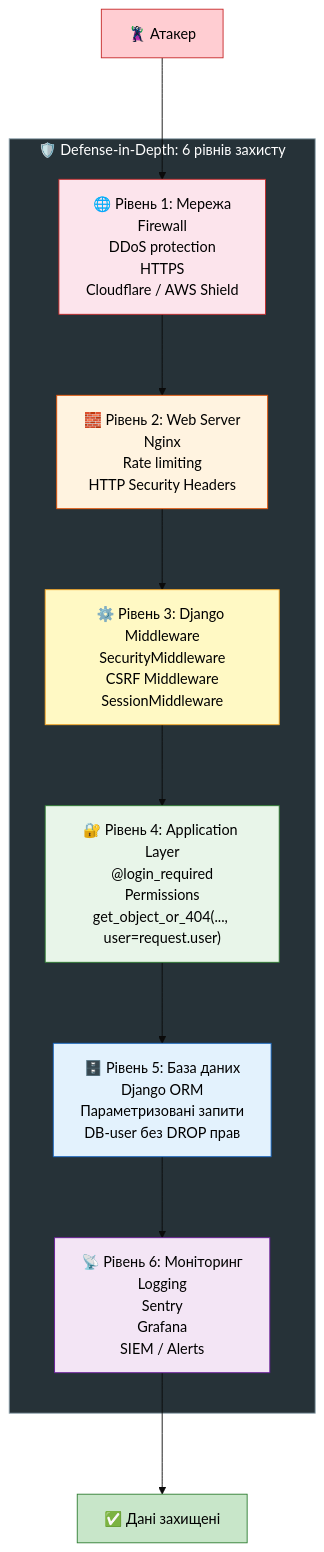
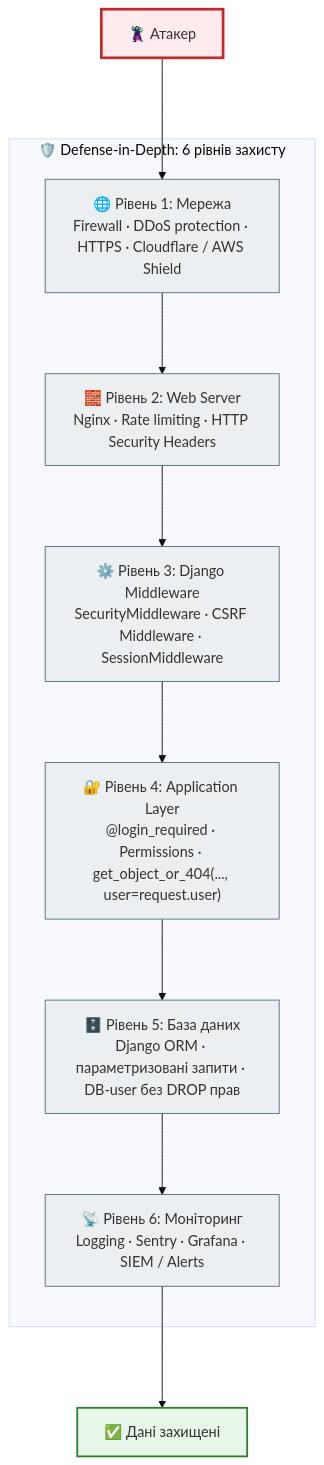
One commit to NikoriakViktot/notes_chat_app changed the fifth of 11 diagrams in docs/07_auth_and_security/security_foundations_full.md. Above: the diagram before and after it, drawn with Mermaid (base theme). The commit also changed other lines of this file and 441 other files, not shown here.

First line of the commit message:
Add English version of the book, Mermaid standard, docs fixes

````diff
--- a/docs/07_auth_and_security/security_foundations_full.md
+++ b/docs/07_auth_and_security/security_foundations_full.md
@@ -274,42 +281,37 @@
 ```mermaid
 %%{init: {'flowchart': {'nodeSpacing': 60, 'rankSpacing': 90}}}%%
 flowchart TD
 
     Attack["🦹 Атакер"]
 
     subgraph DEFENSE["🛡️ Defense-in-Depth: 6 рівнів захисту"]
-        L1["🌐 Рівень 1: Мережа<br/>Firewall<br/>DDoS protection<br/>HTTPS<br/>Cloudflare / AWS Shield"]
+        L1["🌐 Рівень 1: Мережа<br/>Firewall · DDoS protection · HTTPS · Cloudflare / AWS Shield"]
 
-        L2["🧱 Рівень 2: Web Server<br/>Nginx<br/>Rate limiting<br/>HTTP Security Headers"]
+        L2["🧱 Рівень 2: Web Server<br/>Nginx · Rate limiting · HTTP Security Headers"]
 
-        L3["⚙️ Рівень 3: Django Middleware<br/>SecurityMiddleware<br/>CSRF Middleware<br/>SessionMiddleware"]
+        L3["⚙️ Рівень 3: Django Middleware<br/>SecurityMiddleware · CSRF Middleware · SessionMiddleware"]
 
-        L4["🔐 Рівень 4: Application Layer<br/>@login_required<br/>Permissions<br/>get_object_or_404(..., user=request.user)"]
+        L4["🔐 Рівень 4: Application Layer<br/>@login_required · Permissions · get_object_or_404(..., user=request.user)"]
 
-        L5["🗄️ Рівень 5: База даних<br/>Django ORM<br/>Параметризовані запити<br/>DB-user без DROP прав"]
+        L5["🗄️ Рівень 5: База даних<br/>Django ORM · параметризовані запити · DB-user без DROP прав"]
 
-        L6["📡 Рівень 6: Моніторинг<br/>Logging<br/>Sentry<br/>Grafana<br/>SIEM / Alerts"]
+        L6["📡 Рівень 6: Моніторинг<br/>Logging · Sentry · Grafana · SIEM / Alerts"]
     end
 
     Data["✅ Дані захищені"]
 
     Attack --> L1
     L1 --> L2
     L2 --> L3
     L3 --> L4
     L4 --> L5
     L5 --> L6
     L6 --> Data
 
-    style Attack fill:#ffcdd2,stroke:#c62828,color:#000000
-    style DEFENSE fill:#263238,stroke:#90a4ae,color:#ffffff
-
-    style L1 fill:#fce4ec,stroke:#c62828,color:#000000
-    style L2 fill:#fff3e0,stroke:#e65100,color:#000000
-    style L3 fill:#fff9c4,stroke:#f9a825,color:#000000
-    style L4 fill:#e8f5e9,stroke:#2e7d32,color:#000000
-    style L5 fill:#e3f2fd,stroke:#1565c0,color:#000000
-    style L6 fill:#f3e5f5,stroke:#6a1b9a,color:#000000
-    style Data fill:#c8e6c9,stroke:#2e7d32,color:#000000
-    
+    classDef step     fill:#eceff1,stroke:#546e7a,stroke-width:1px;
+    classDef success  fill:#e8f5e9,stroke:#2e7d32,stroke-width:2px;
+    classDef error    fill:#ffebee,stroke:#c62828,stroke-width:3px;
+    class Attack error;
+    class L1,L2,L3,L4,L5,L6 step;
+    class Data success;
 ```
````
